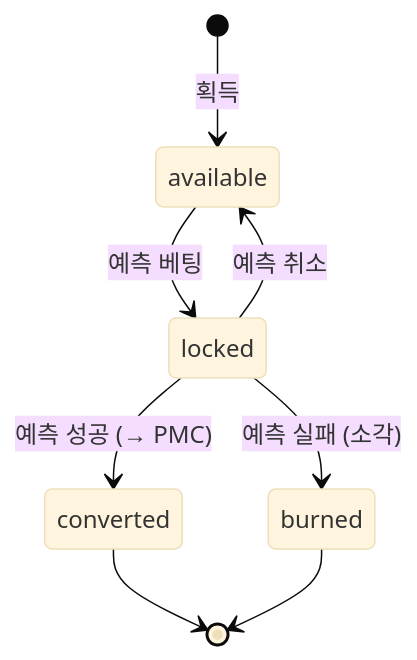
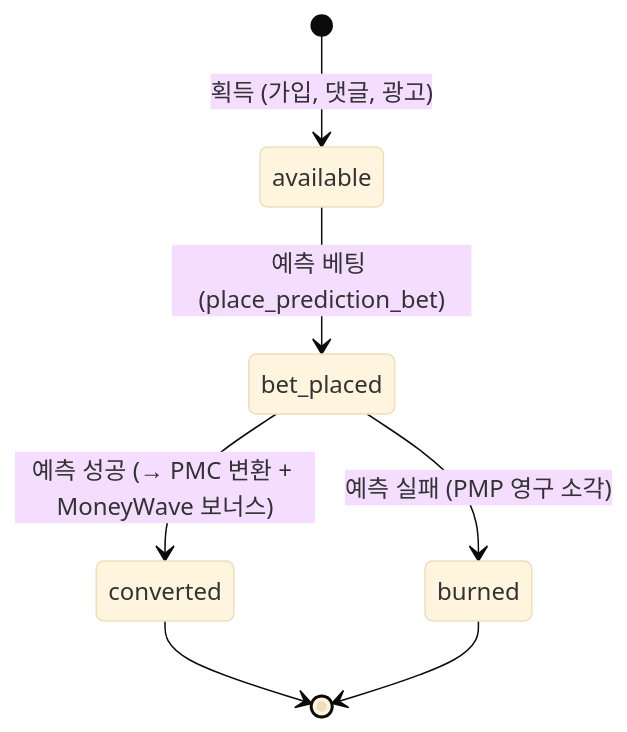
The third of 3 diagrams in docs/business/ECONOMY_SYSTEM_DETAIL.md (positivemultiplier/posmul), drawn with Mermaid (base theme) before and after one commit. The commit also changed other lines of this file and 3 other files, not shown here.

Commit message:
docs(economy): document MoneyWave v3 specification and updated economy system detail

````diff
--- a/docs/business/ECONOMY_SYSTEM_DETAIL.md
+++ b/docs/business/ECONOMY_SYSTEM_DETAIL.md
@@ -92,10 +93,9 @@
 ```mermaid
 stateDiagram-v2
-    [*] --> available: 획득
-    available --> locked: 예측 베팅
-    locked --> available: 예측 취소
-    locked --> converted: 예측 성공 (→ PMC)
-    locked --> burned: 예측 실패 (소각)
+    [*] --> available: 획득 (가입, 댓글, 광고)
+    available --> bet_placed: 예측 베팅 (place_prediction_bet)
+    bet_placed --> converted: 예측 성공 (→ PMC 변환 + MoneyWave 보너스)
+    bet_placed --> burned: 예측 실패 (PMP 영구 소각)
     converted --> [*]
     burned --> [*]
 ```
````
